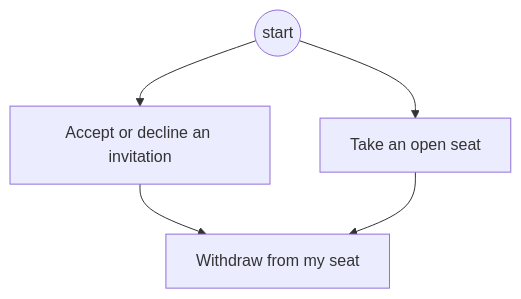
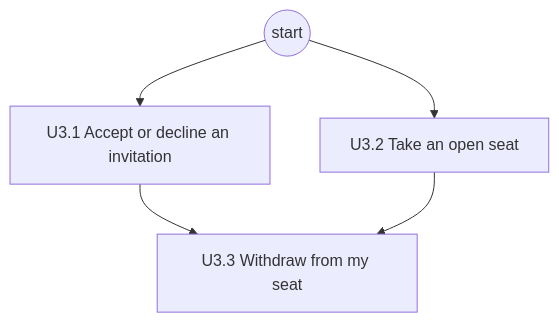
Before and after one commit to delphside/programme: the tenth of 29 diagrams in docs/changes/workstreams/application-game-architecture/71-one-game-model/71-functional.md, drawn with Mermaid. The commit also changed other lines of this file and 1 other file, not shown here.

````diff
--- a/docs/changes/workstreams/application-game-architecture/71-one-game-model/71-functional.md
+++ b/docs/changes/workstreams/application-game-architecture/71-one-game-model/71-functional.md
@@ -218,7 +228,7 @@
 ```mermaid
 flowchart TD
-  s0((start)) --> a1["Accept or decline an invitation"]
-  s0 --> a2["Take an open seat"]
-  a1 --> a3["Withdraw from my seat"]
+  s0((start)) --> a1["U3.1 Accept or decline an invitation"]
+  s0 --> a2["U3.2 Take an open seat"]
+  a1 --> a3["U3.3 Withdraw from my seat"]
   a2 --> a3
 ```
````
